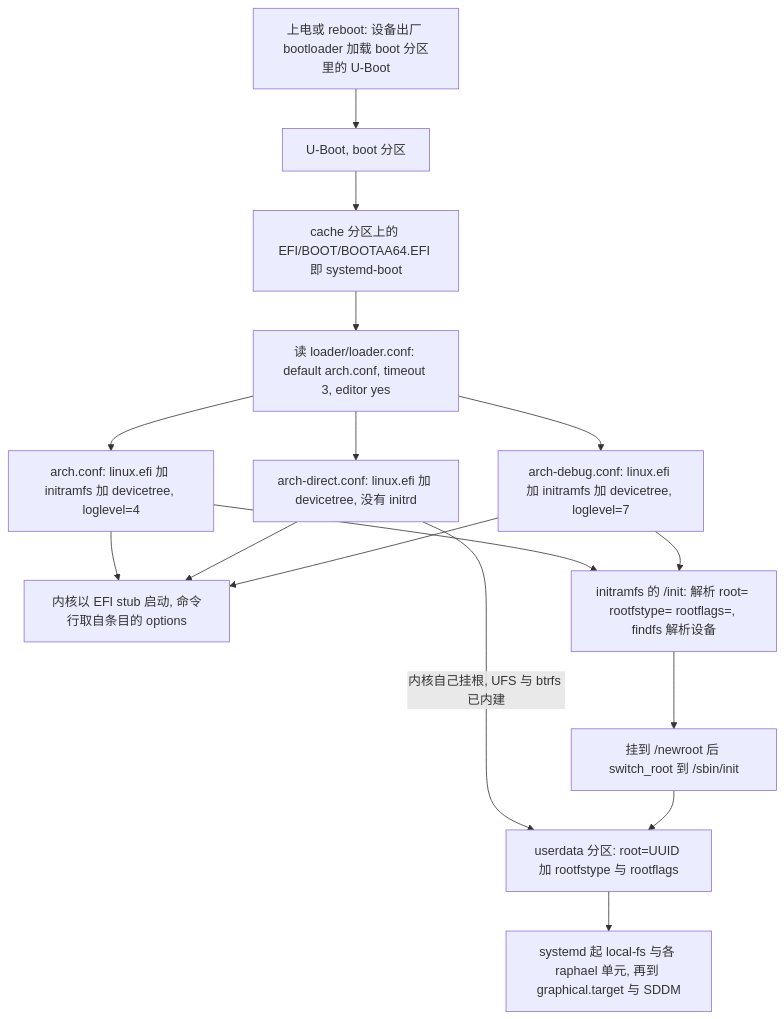
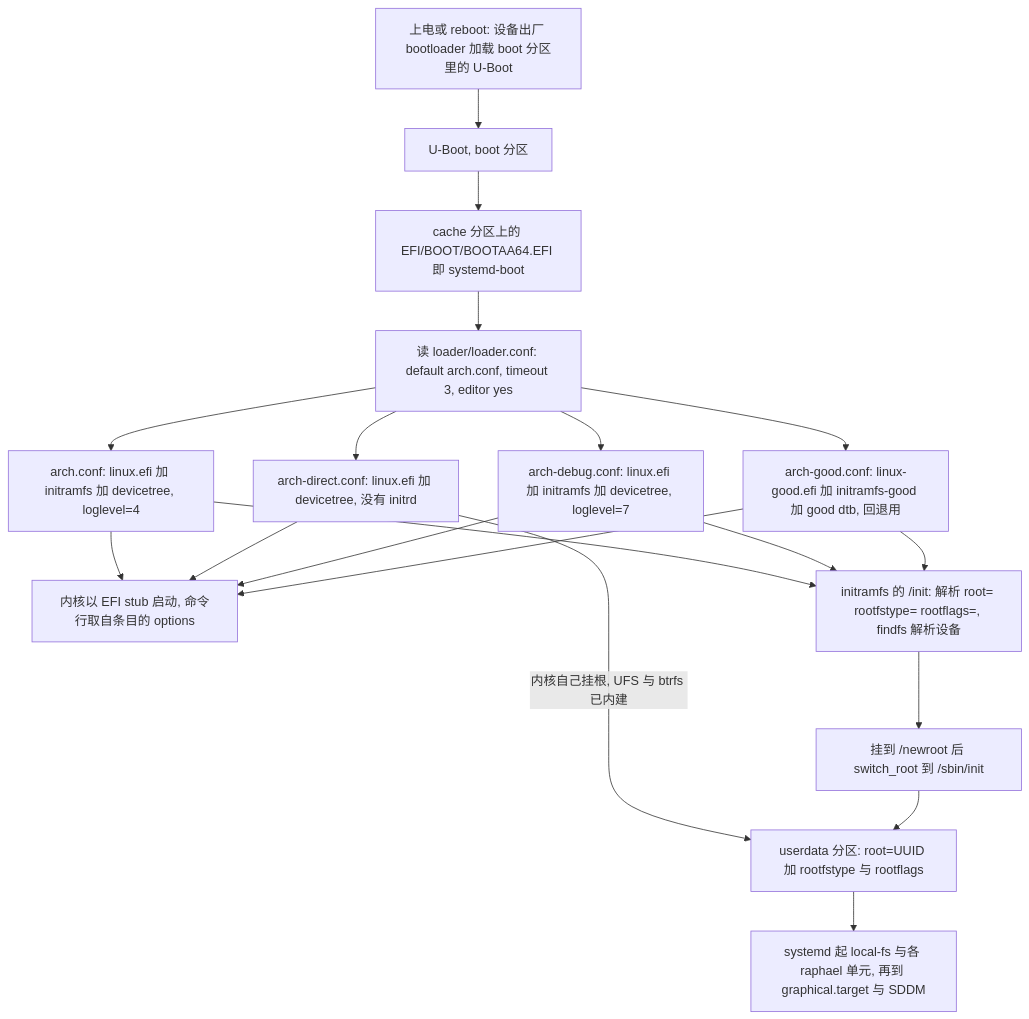
Before and after one commit to Winter21c/archlinux-xiaomi-raphael: the first of 3 diagrams in openwiki/architecture/boot-chain-and-image-layout.md, drawn with Mermaid. The commit also changed other lines of this file and 12 other files, not shown here.

````diff
--- a/openwiki/architecture/boot-chain-and-image-layout.md
+++ b/openwiki/architecture/boot-chain-and-image-layout.md
@@ -32,18 +34,21 @@
 ```mermaid
 flowchart TD
   PWR["上电或 reboot: 设备出厂 bootloader 加载 boot 分区里的 U-Boot"] --> UB["U-Boot, boot 分区"]
   UB --> EFI["cache 分区上的 EFI/BOOT/BOOTAA64.EFI 即 systemd-boot"]
   EFI --> LC["读 loader/loader.conf: default arch.conf, timeout 3, editor yes"]
   LC --> E1["arch.conf: linux.efi 加 initramfs 加 devicetree, loglevel=4"]
   LC --> E2["arch-direct.conf: linux.efi 加 devicetree, 没有 initrd"]
   LC --> E3["arch-debug.conf: linux.efi 加 initramfs 加 devicetree, loglevel=7"]
+  LC --> E4["arch-good.conf: linux-good.efi 加 initramfs-good 加 good dtb, 回退用"]
   E1 --> K["内核以 EFI stub 启动, 命令行取自条目的 options"]
   E2 --> K
   E3 --> K
+  E4 --> K
   E1 --> IR["initramfs 的 /init: 解析 root= rootfstype= rootflags=, findfs 解析设备"]
   E3 --> IR
+  E4 --> IR
   IR --> SW["挂到 /newroot 后 switch_root 到 /sbin/init"]
   E2 -->|"内核自己挂根, UFS 与 btrfs 已内建"| ROOT
   SW --> ROOT["userdata 分区: root=UUID 加 rootfstype 与 rootflags"]
   ROOT --> SD["systemd 起 local-fs 与各 raphael 单元, 再到 graphical.target 与 SDDM"]
 ```
````
